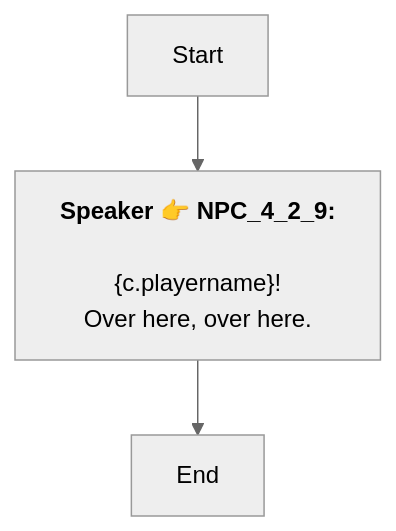
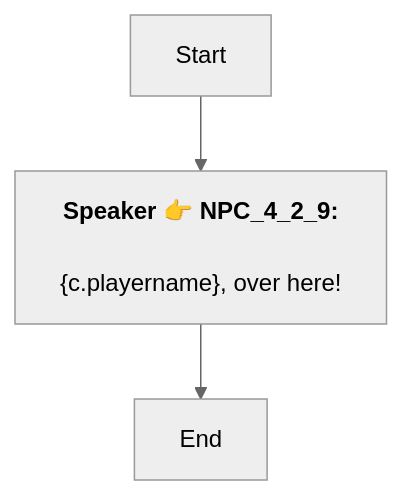
One commit to SoftHu/tos_avg changed the diagram in En/Dialog_54440123531925.md. Above: the diagram before and after it, drawn with Mermaid (neutral theme). The commit also changed 730 other files, not shown here.

````diff
--- a/En/Dialog_54440123531925.md
+++ b/En/Dialog_54440123531925.md
@@ -1,8 +1,7 @@
 ```mermaid
 graph
 Start -->1742083958150433[<b>Speaker 👉 NPC_4_2_9:</b>
-\n&lbrace;c.playername&rbrace;!
-Over here, over here.]
+\n&lbrace;c.playername&rbrace;, over here!]
 1742083958150433 -->1742083958150434[End]
 
 ```
````
